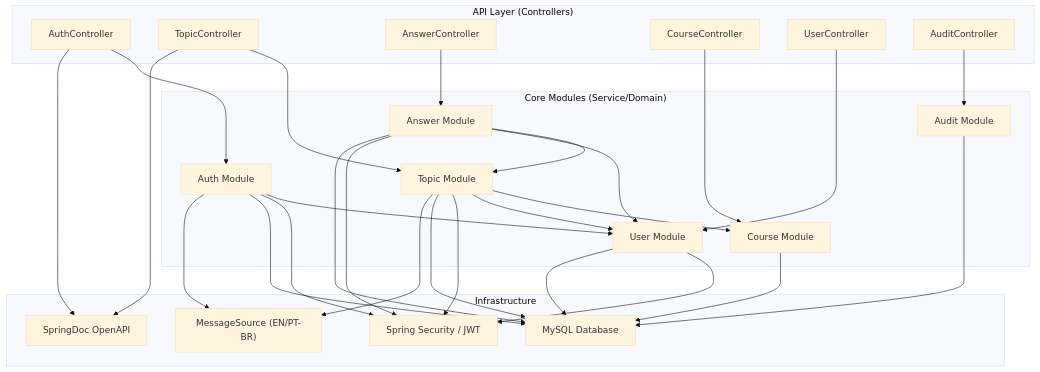
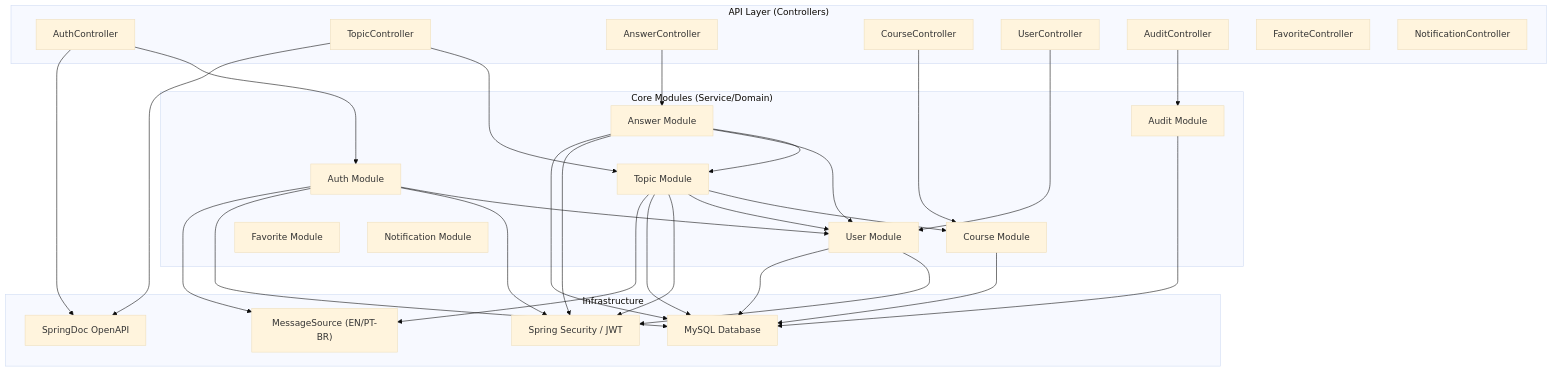
The second of 3 diagrams in docs/pt-br/02-arquitetura.md (DessimA/forum-hub), drawn with Mermaid (base theme) before and after one commit. The commit also changed other lines of this file and 8 other files, not shown here.

````diff
--- a/docs/pt-br/02-arquitetura.md
+++ b/docs/pt-br/02-arquitetura.md
@@ -41,58 +41,62 @@
 ```mermaid
 graph TD
     subgraph "API Layer (Controllers)"
         AuthController
         TopicController
         AnswerController
         CourseController
         UserController
         AuditController
+        FavoriteController
+        NotificationController
     end
 
     subgraph "Core Modules (Service/Domain)"
         Auth[Auth Module]
         Topic[Topic Module]
         Answer[Answer Module]
         Course[Course Module]
         User[User Module]
         Audit[Audit Module]
+        Favorite[Favorite Module]
+        Notification[Notification Module]
     end
 
     subgraph "Infrastructure"
         Security["Spring Security / JWT"]
         Docs["SpringDoc OpenAPI"]
         I18n["MessageSource (EN/PT-BR)"]
         DB["MySQL Database"]
     end
 
     AuthController --> Auth
     TopicController --> Topic
     AnswerController --> Answer
     CourseController --> Course
     UserController --> User
     AuditController --> Audit
 
     Auth --> User
     Topic --> Course
     Topic --> User
     Answer --> Topic
     Answer --> User
     
     Auth --> Security
     Topic --> Security
     Answer --> Security
     User --> Security
     
     Auth --> DB
     Topic --> DB
     Answer --> DB
     Course --> DB
     User --> DB
     Audit --> DB
 
     Auth --> I18n
     Topic --> I18n
     
     AuthController --> Docs
     TopicController --> Docs
 ```
````
